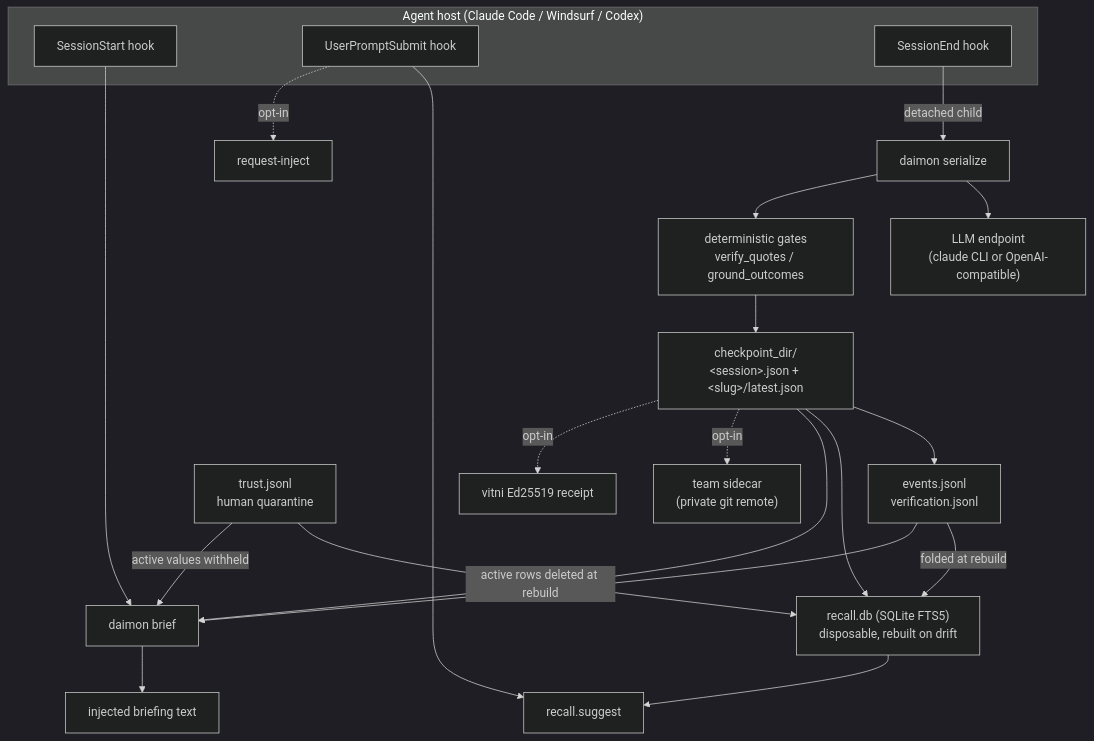
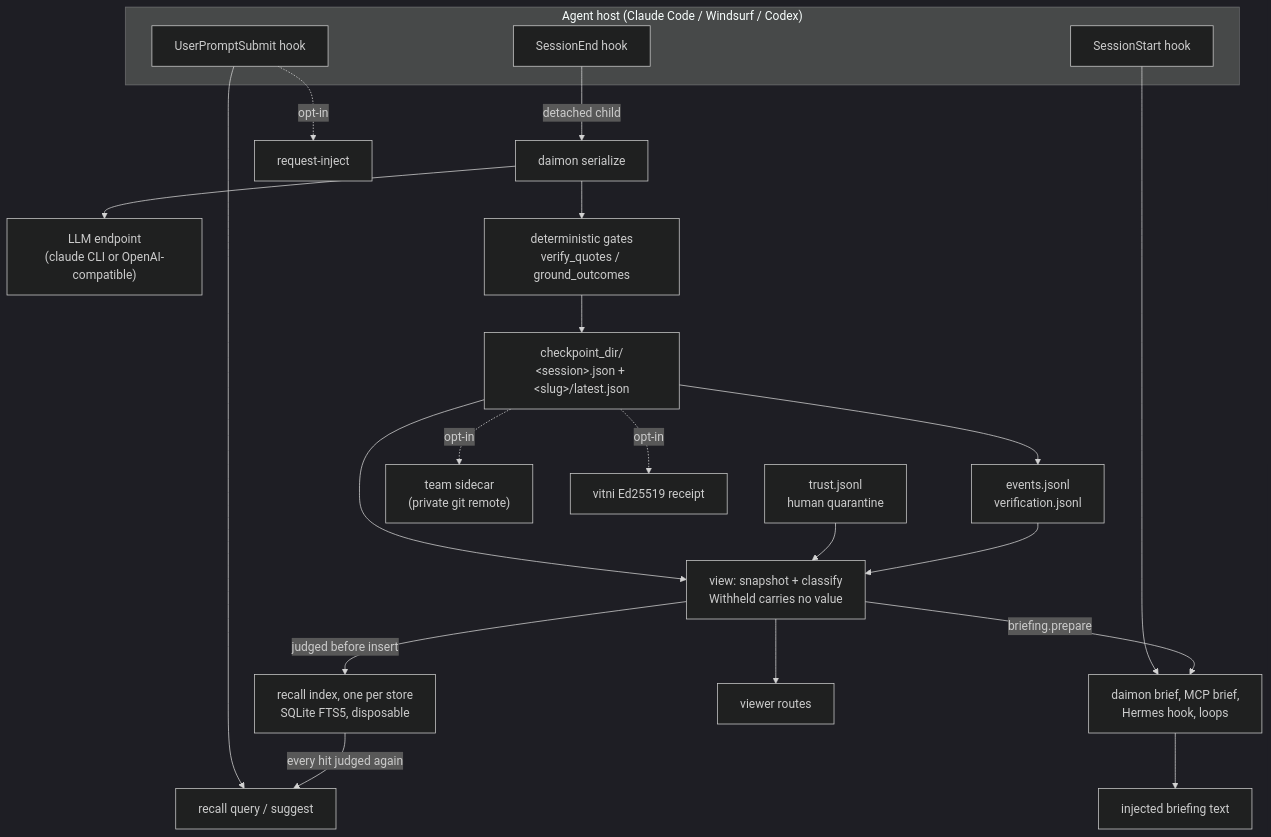
One commit to neoneye/agent-memory-atlas changed the second of 2 diagrams in content/systems/daimon.md. Above: the diagram before and after it, drawn with Mermaid (dark theme). The commit also changed other lines of this file and 18 other files, not shown here.

First line of the commit message:
Re-read daimon at fb1ccd0 (0.54.0): six marks kept; one read view under every briefing, recall and viewer path

````diff
--- a/content/systems/daimon.md
+++ b/content/systems/daimon.md
@@ -614,27 +613,28 @@
 ```mermaid
-%% caption: the checkpoint files are authoritative and the FTS5 index is disposable and rebuilt on drift, a human quarantine withholds from the briefing and the index alike, and the team sidecar and the signed receipt are both opt-in
+%% caption: the checkpoint files are authoritative and the FTS5 index is disposable; one read view judges every value the briefing, the index and the viewer show, withholding forgotten and quarantined values and closing when the trust ledger cannot be read; the team sidecar and the signed receipt are opt-in
 flowchart TD
     subgraph Host["Agent host (Claude Code / Windsurf / Codex)"]
         SS["SessionStart hook"]
         UPS["UserPromptSubmit hook"]
         SE["SessionEnd hook"]
     end
     SE -->|"detached child"| SER["daimon serialize"]
     SER --> LLM["LLM endpoint<br/>(claude CLI or OpenAI-compatible)"]
     SER --> GATES["deterministic gates<br/>verify_quotes / ground_outcomes"]
     GATES --> STORE["checkpoint_dir/<br/>&lt;session&gt;.json + &lt;slug&gt;/latest.json"]
     STORE --> EV["events.jsonl<br/>verification.jsonl"]
-    STORE --> IDX["recall.db (SQLite FTS5)<br/>disposable, rebuilt on drift"]
-    EV -->|"folded at rebuild"| IDX
-    SS --> BRIEF["daimon brief"]
-    STORE --> BRIEF
-    EV --> BRIEF
-    TR["trust.jsonl<br/>human quarantine"] -->|"active rows deleted at rebuild"| IDX
-    TR -->|"active values withheld"| BRIEF
+    TR["trust.jsonl<br/>human quarantine"]
+    EV --> VIEW["view: snapshot + classify<br/>Withheld carries no value"]
+    TR --> VIEW
+    STORE --> VIEW
+    VIEW -->|"judged before insert"| IDX["recall index, one per store<br/>SQLite FTS5, disposable"]
+    IDX -->|"every hit judged again"| SUG["recall query / suggest"]
+    VIEW -->|"briefing.prepare"| BRIEF["daimon brief, MCP brief,<br/>Hermes hook, loops"]
+    VIEW --> UI["viewer routes"]
+    SS --> BRIEF
     BRIEF --> INJ["injected briefing text"]
-    UPS --> SUG["recall.suggest"]
+    UPS --> SUG
     UPS -.->|"opt-in"| DLV["request-inject"]
-    IDX --> SUG
     STORE -.->|"opt-in"| TEAM["team sidecar<br/>(private git remote)"]
     STORE -.->|"opt-in"| RCPT["vitni Ed25519 receipt"]
 ```
````
